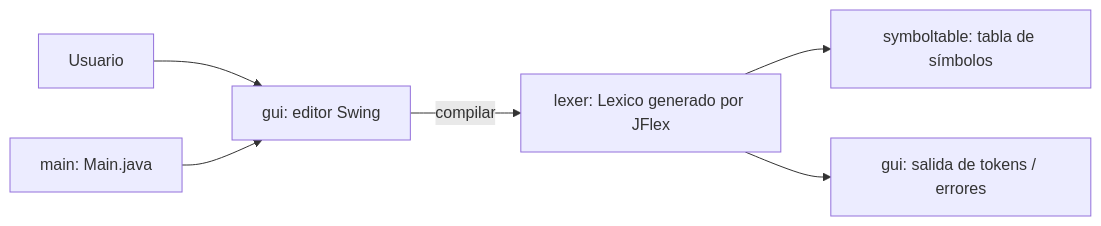
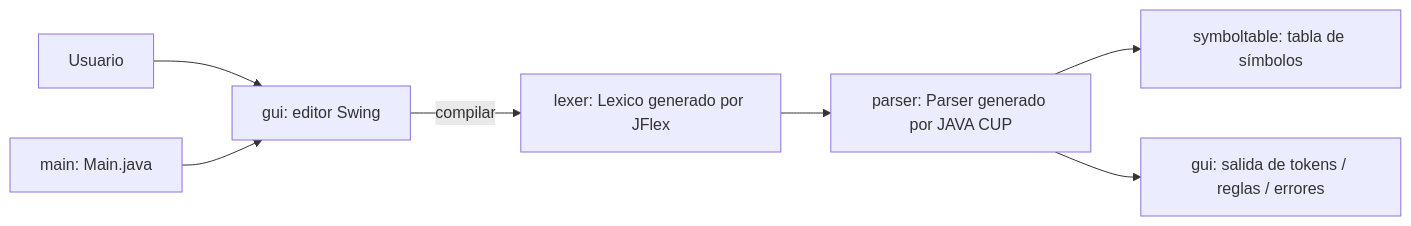
The diagram in docs/arquitectura.md (nicodigo/teoria1-grupo5), drawn with Mermaid before and after one commit. The commit also changed other lines of this file and 7 other files, not shown here.

Commit message:
agrego java-cup

````diff
--- a/docs/arquitectura.md
+++ b/docs/arquitectura.md
@@ -16,8 +17,9 @@
 ```mermaid
 flowchart LR
     U[Usuario] --> G[gui: editor Swing]
     G -->|compilar| L[lexer: Lexico generado por JFlex]
-    L --> TS[symboltable: tabla de símbolos]
-    L --> S[gui: salida de tokens / errores]
+    L --> P[parser: Parser generado por JAVA CUP]
+    P --> TS[symboltable: tabla de símbolos]
+    P --> S[gui: salida de tokens / reglas / errores]
     M[main: Main.java] --> G
 ```
````
